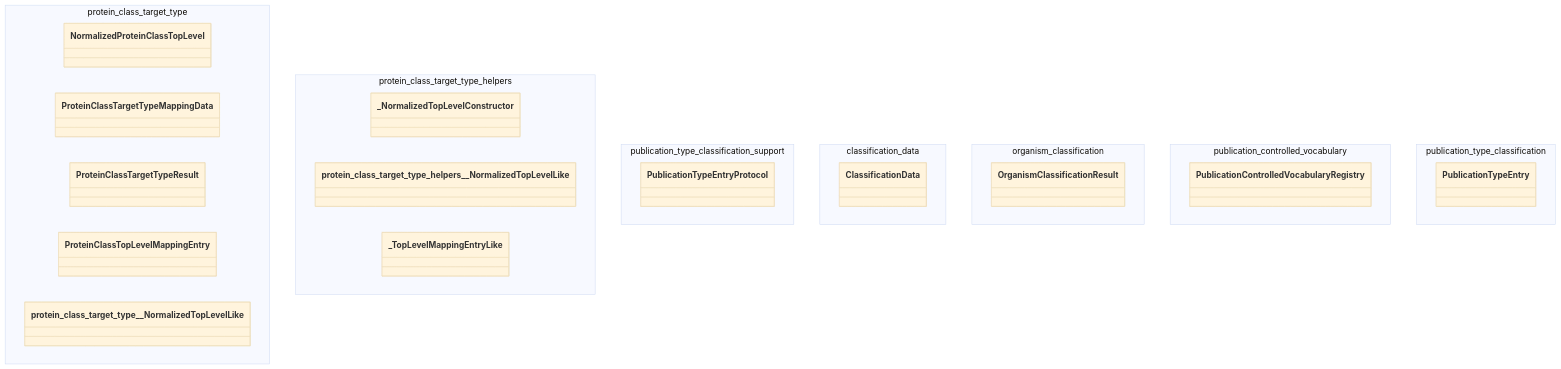
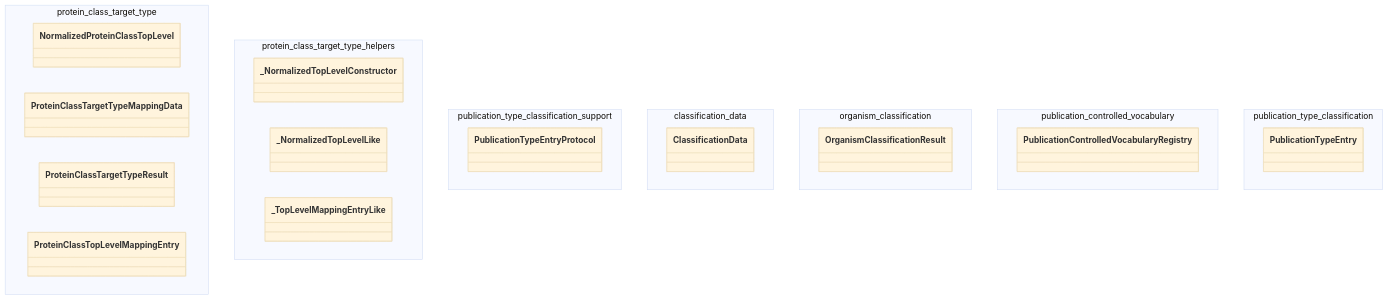
Before and after one commit to SatoryKono/BioactivityDataAcquisition: the diagram in docs/02-architecture/diagrams/class-diagrams/90-pkg-domain-mapping.mmd, drawn with Mermaid (base theme). The commit also changed 12 other files, not shown here.

```diff
--- a/docs/02-architecture/diagrams/class-diagrams/90-pkg-domain-mapping.mmd
+++ b/docs/02-architecture/diagrams/class-diagrams/90-pkg-domain-mapping.mmd
@@ -1,44 +1,43 @@
 %% Title: Package Family: domain/mapping
 %% Covers: AST-derived supplemental package-family inventory for src/bioetl/domain/mapping; modules: protein_class_target_type, protein_class_target_type_helpers, _publication_type_classification_support, classification_data, organism_classification, publication_controlled_vocabulary.
 %% Components: top-level classes grouped by source module.
 %% @version 1.0.0
 %% @type    classDiagram
-%% @date    2026-10-04
+%% @date    2026-10-06
 %% @level   Package Family / Inventory Slice
-%% @nodes   13
+%% @nodes   12
 %% @reference Generated supplemental package-family diagram. Curated class-summary remains narrative-only.
 classDiagram
 
     namespace protein_class_target_type {
         class NormalizedProteinClassTopLevel
         class ProteinClassTargetTypeMappingData
         class ProteinClassTargetTypeResult
         class ProteinClassTopLevelMappingEntry
-        class protein_class_target_type__NormalizedTopLevelLike
     }
 
     namespace protein_class_target_type_helpers {
         class _NormalizedTopLevelConstructor
-        class protein_class_target_type_helpers__NormalizedTopLevelLike
+        class _NormalizedTopLevelLike
         class _TopLevelMappingEntryLike
     }
 
     namespace publication_type_classification_support {
         class PublicationTypeEntryProtocol
     }
 
     namespace classification_data {
         class ClassificationData
     }
 
     namespace organism_classification {
         class OrganismClassificationResult
     }
 
     namespace publication_controlled_vocabulary {
         class PublicationControlledVocabularyRegistry
     }
 
     namespace publication_type_classification {
         class PublicationTypeEntry
     }
```
